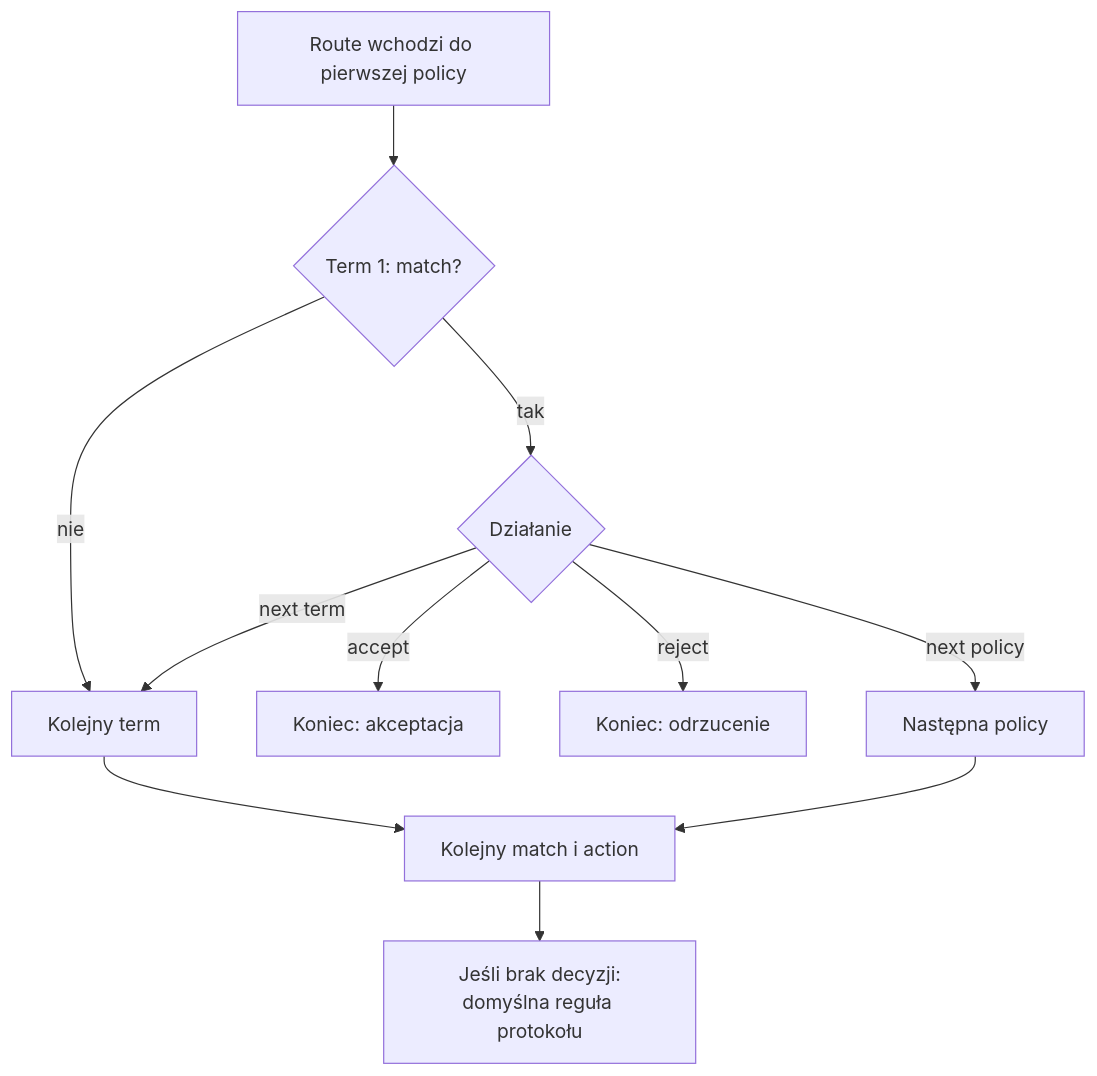
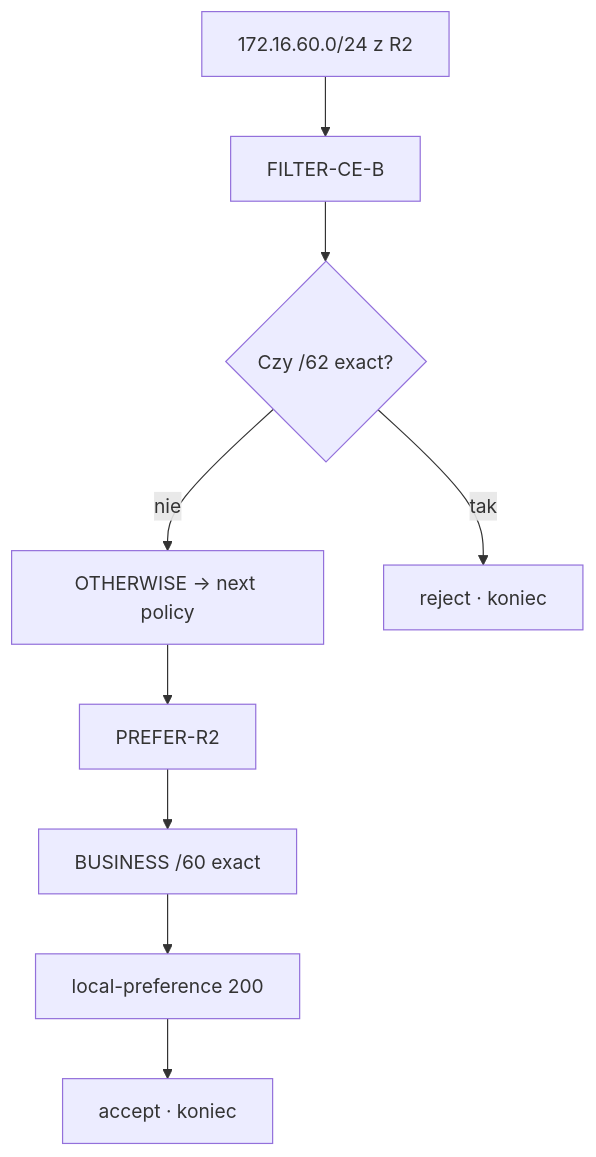
Before and after one commit to nelto79/jncip: the third of 8 diagrams in docs/chapters/JUNOS_Rozdzial_08_Routing_Policy_and_Firewall_Filters.md, drawn with Mermaid. The commit also changed other lines of this file, not shown here.

````diff
--- a/docs/chapters/JUNOS_Rozdzial_08_Routing_Policy_and_Firewall_Filters.md
+++ b/docs/chapters/JUNOS_Rozdzial_08_Routing_Policy_and_Firewall_Filters.md
@@ -203,13 +218,11 @@
 ```mermaid
 flowchart TD
-    A["Route wchodzi do pierwszej policy"] --> B{"Term 1: match?"}
-    B -->|nie| C["Kolejny term"]
-    B -->|tak| D{"Działanie"}
-    D -->|accept| E["Koniec: akceptacja"]
-    D -->|reject| F["Koniec: odrzucenie"]
-    D -->|next term| C
-    D -->|next policy| G["Następna policy"]
-    C --> H["Kolejny match i action"]
-    G --> H
-    H --> I["Jeśli brak decyzji:<br/>domyślna reguła protokołu"]
+    A["172.16.60.0/24 z R2"] --> B["FILTER-CE-B"]
+    B --> C{"Czy /62 exact?"}
+    C -->|"nie"| D["OTHERWISE → next policy"]
+    C -->|"tak"| E["reject · koniec"]
+    D --> F["PREFER-R2"]
+    F --> G["BUSINESS /60 exact"]
+    G --> H["local-preference 200"]
+    H --> I["accept · koniec"]
 ```
````
